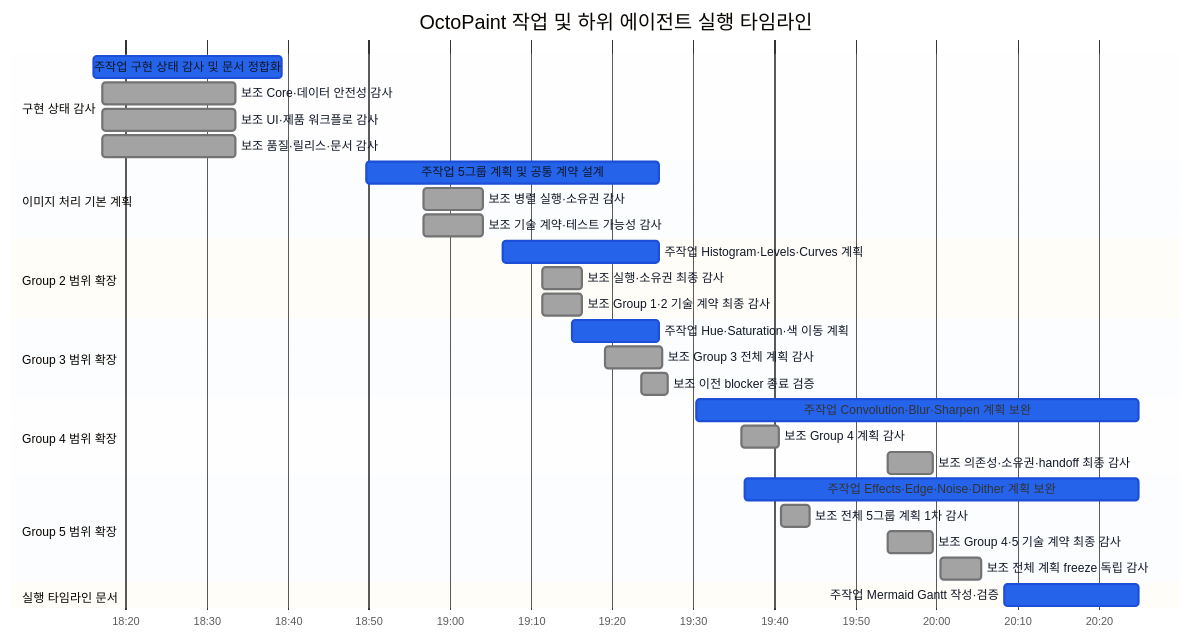
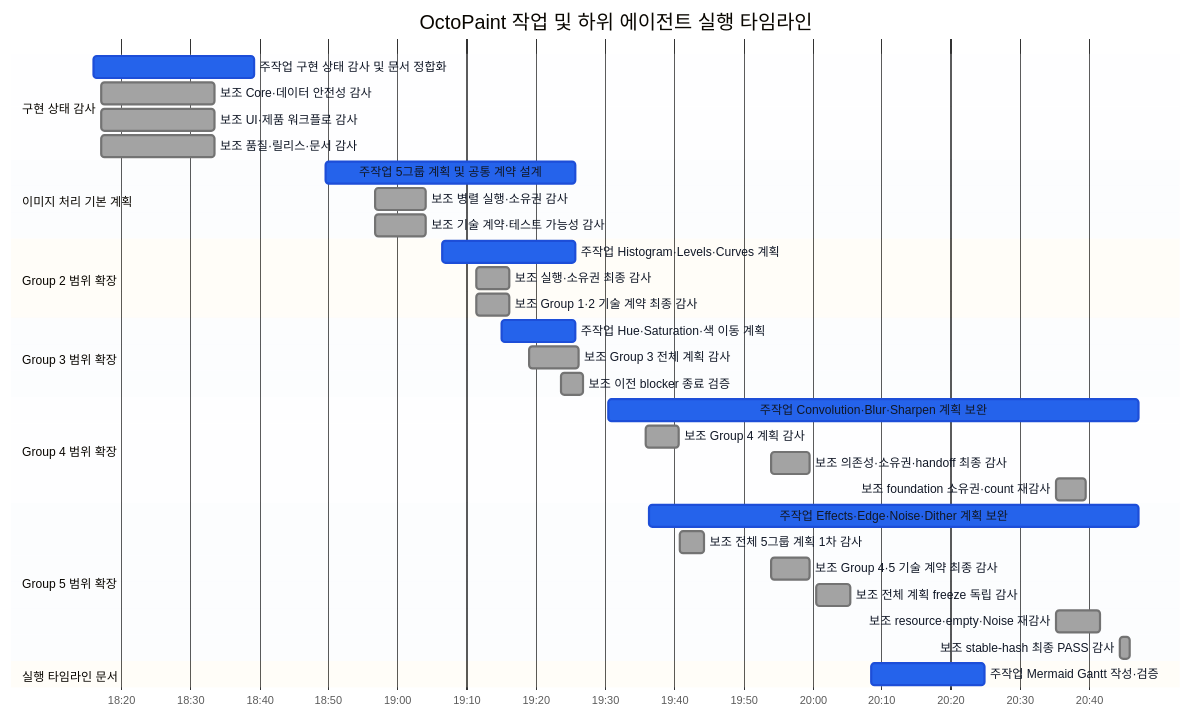
The diagram in docs/WORK_EXECUTION_TIMELINE.md (octopus7/octopaint), drawn with Mermaid before and after one commit. The commit also changed other lines of this file and 2 other files, not shown here.

````diff
--- a/docs/WORK_EXECUTION_TIMELINE.md
+++ b/docs/WORK_EXECUTION_TIMELINE.md
@@ -14,44 +14,47 @@
 ```mermaid
 %%{init: {"theme":"base","themeVariables":{"fontFamily":"Pretendard, Inter, sans-serif","sectionBkgColor":"#f8fafc","altSectionBkgColor":"#f1f5f9","gridColor":"#cbd5e1","taskBkgColor":"#2563eb","taskBorderColor":"#1d4ed8","activeTaskBkgColor":"#2563eb","activeTaskBorderColor":"#1d4ed8","doneTaskBkgColor":"#a3a3a3","doneTaskBorderColor":"#737373","critBkgColor":"#2563eb","critBorderColor":"#1d4ed8","taskTextColor":"#111827","taskTextLightColor":"#ffffff","taskTextOutsideColor":"#111827","todayLineColor":"#ef4444"},"themeCSS":".crit0,.crit1,.activeCrit0,.activeCrit1{fill:#2563eb!important;stroke:#1d4ed8!important;fill-opacity:.95!important}.done0,.done1{fill:#a3a3a3!important;stroke:#737373!important;fill-opacity:.32!important;stroke-opacity:.55!important}"}}%%
 gantt
     title OctoPaint 작업 및 하위 에이전트 실행 타임라인
     dateFormat YYYY-MM-DD HH:mm:ss
     axisFormat %H:%M
     tickInterval 10minute
     todayMarker off
 
     section 구현 상태 감사
     주작업 구현 상태 감사 및 문서 정합화       :crit, main_audit, 2026-08-10 18:16:03, 2026-08-10 18:39:17
     보조 Core·데이터 안전성 감사             :done, sub_audit_core, 2026-08-10 18:17:08, 2026-08-10 18:33:35
     보조 UI·제품 워크플로 감사                :done, sub_audit_ui, 2026-08-10 18:17:08, 2026-08-10 18:33:35
     보조 품질·릴리스·문서 감사                :done, sub_audit_release, 2026-08-10 18:17:08, 2026-08-10 18:33:35
 
     section 이미지 처리 기본 계획
     주작업 5그룹 계획 및 공통 계약 설계       :crit, main_plan, 2026-08-10 18:49:41, 2026-08-10 19:25:47
     보조 병렬 실행·소유권 감사                :done, sub_plan_owner, 2026-08-10 18:56:45, 2026-08-10 19:04:03
     보조 기술 계약·테스트 가능성 감사         :done, sub_plan_tech, 2026-08-10 18:56:45, 2026-08-10 19:04:03
 
     section Group 2 범위 확장
     주작업 Histogram·Levels·Curves 계획        :crit, main_g2, 2026-08-10 19:06:32, 2026-08-10 19:25:47
     보조 실행·소유권 최종 감사                :done, sub_g2_owner, 2026-08-10 19:11:24, 2026-08-10 19:16:13
     보조 Group 1·2 기술 계약 최종 감사        :done, sub_g2_tech, 2026-08-10 19:11:24, 2026-08-10 19:16:13
 
     section Group 3 범위 확장
     주작업 Hue·Saturation·색 이동 계획         :crit, main_g3, 2026-08-10 19:15:02, 2026-08-10 19:25:47
     보조 Group 3 전체 계획 감사               :done, sub_g3_audit, 2026-08-10 19:19:05, 2026-08-10 19:26:07
     보조 이전 blocker 종료 검증                :done, sub_g3_verify, 2026-08-10 19:23:35, 2026-08-10 19:26:52
 
     section Group 4 범위 확장
-    주작업 Convolution·Blur·Sharpen 계획 보완   :crit, active, main_g4, 2026-08-10 19:30:25, 2026-08-10 20:24:55
+    주작업 Convolution·Blur·Sharpen 계획 보완   :crit, main_g4, 2026-08-10 19:30:25, 2026-08-10 20:47:09
     보조 Group 4 계획 감사                     :done, sub_g4_audit, 2026-08-10 19:35:58, 2026-08-10 19:40:37
     보조 의존성·소유권·handoff 최종 감사       :done, sub_g4_final, 2026-08-10 19:53:59, 2026-08-10 19:59:34
+    보조 foundation 소유권·count 재감사         :done, sub_g4_reaudit, 2026-08-10 20:35:18, 2026-08-10 20:39:27
 
     section Group 5 범위 확장
-    주작업 Effects·Edge·Noise·Dither 계획 보완  :crit, active, main_g5, 2026-08-10 19:36:21, 2026-08-10 20:24:55
+    주작업 Effects·Edge·Noise·Dither 계획 보완  :crit, main_g5, 2026-08-10 19:36:21, 2026-08-10 20:47:09
     보조 전체 5그룹 계획 1차 감사              :done, sub_g5_audit, 2026-08-10 19:40:50, 2026-08-10 19:44:23
     보조 Group 4·5 기술 계약 최종 감사         :done, sub_g5_tech, 2026-08-10 19:53:59, 2026-08-10 19:59:34
     보조 전체 계획 freeze 독립 감사            :done, sub_all_freeze, 2026-08-10 20:00:34, 2026-08-10 20:05:28
+    보조 resource·empty·Noise 재감사            :done, sub_g5_reaudit, 2026-08-10 20:35:18, 2026-08-10 20:41:32
+    보조 stable-hash 최종 PASS 감사             :done, sub_all_pass, 2026-08-10 20:44:22, 2026-08-10 20:45:53
 
     section 실행 타임라인 문서
     주작업 Mermaid Gantt 작성·검증             :crit, main_timeline, 2026-08-10 20:08:26, 2026-08-10 20:24:55
 ```
````
